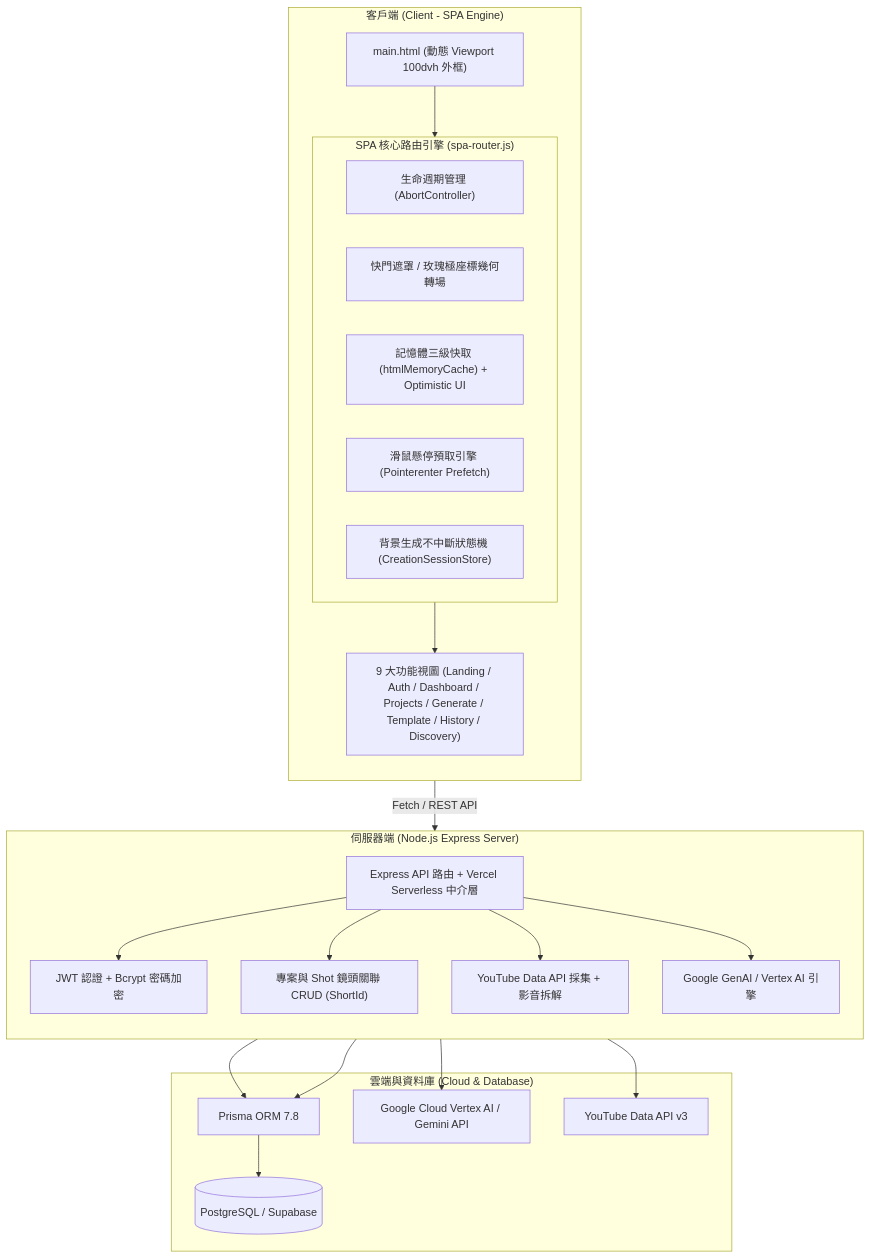
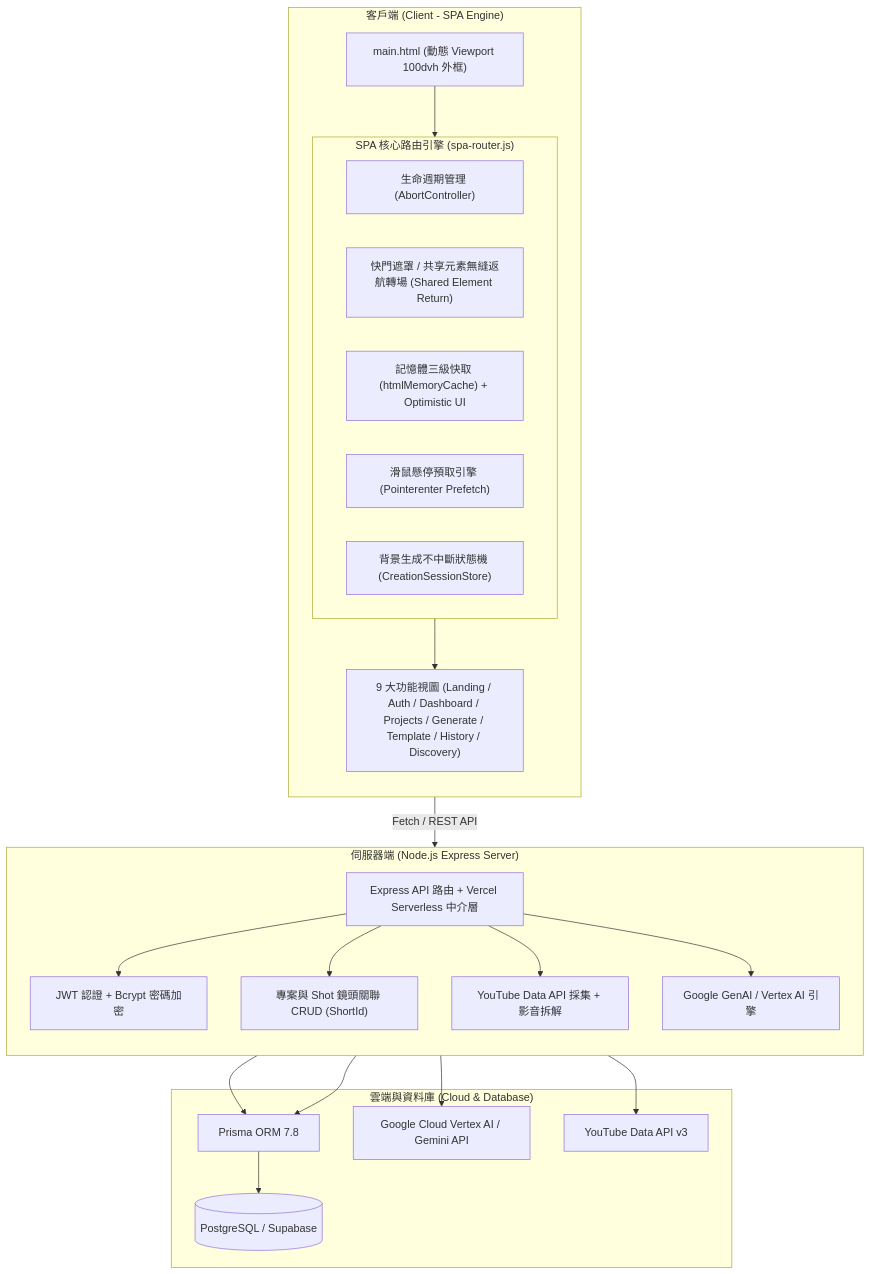
One commit to Richarrrd53/storyboardAI2 changed the first of 3 diagrams in README.md. Above: the diagram before and after it, drawn with Mermaid. The commit also changed other lines of this file and 14 other files, not shown here.

First line of the commit message:
feat(ui): implement Project Folder Card design, adaptive cover ratio & Shared Element Return transition

````diff
--- a/README.md
+++ b/README.md
@@ -132,44 +134,44 @@
 ```mermaid
 flowchart TB
     subgraph Client["客戶端 (Client - SPA Engine)"]
         direction TB
         ParentShell["main.html (動態 Viewport 100dvh 外框)"]
         subgraph SPARouter["SPA 核心路由引擎 (spa-router.js)"]
             Lifecycle["生命週期管理 (AbortController)"]
-            Transitions["快門遮罩 / 玫瑰極座標幾何轉場"]
+            Transitions["快門遮罩 / 共享元素無縫返航轉場 (Shared Element Return)"]
             CacheLayer["記憶體三級快取 (htmlMemoryCache) + Optimistic UI"]
             HoverEngine["滑鼠懸停預取引擎 (Pointerenter Prefetch)"]
             ContinuousGen["背景生成不中斷狀態機 (CreationSessionStore)"]
         end
         Views["9 大功能視圖 (Landing / Auth / Dashboard / Projects / Generate / Template / History / Discovery)"]
     end
 
     subgraph Backend["伺服器端 (Node.js Express Server)"]
         direction TB
         ServerRouter["Express API 路由 + Vercel Serverless 中介層"]
         AuthService["JWT 認證 + Bcrypt 密碼加密"]
         ProjectService["專案與 Shot 鏡頭關聯 CRUD (ShortId)"]
         DiscoveryService["YouTube Data API 採集 + 影音拆解"]
         GeminiService["Google GenAI / Vertex AI 引擎"]
     end
 
     subgraph External["雲端與資料庫 (Cloud & Database)"]
         Postgres[(PostgreSQL / Supabase)]
         PrismaORM[Prisma ORM 7.8]
         VertexAI[Google Cloud Vertex AI / Gemini API]
         YouTubeAPI[YouTube Data API v3]
     end
 
     ParentShell --> SPARouter
     SPARouter --> Views
     Views -- Fetch / REST API --> ServerRouter
     ServerRouter --> AuthService
     ServerRouter --> ProjectService
     ServerRouter --> DiscoveryService
     ServerRouter --> GeminiService
     
     ProjectService --> PrismaORM --> Postgres
     AuthService --> PrismaORM
     DiscoveryService --> YouTubeAPI
     GeminiService --> VertexAI
 ```
````
